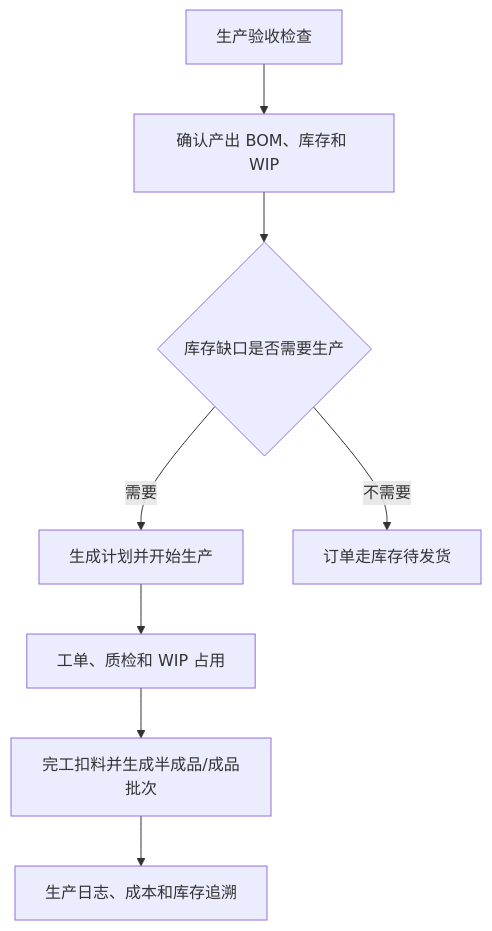
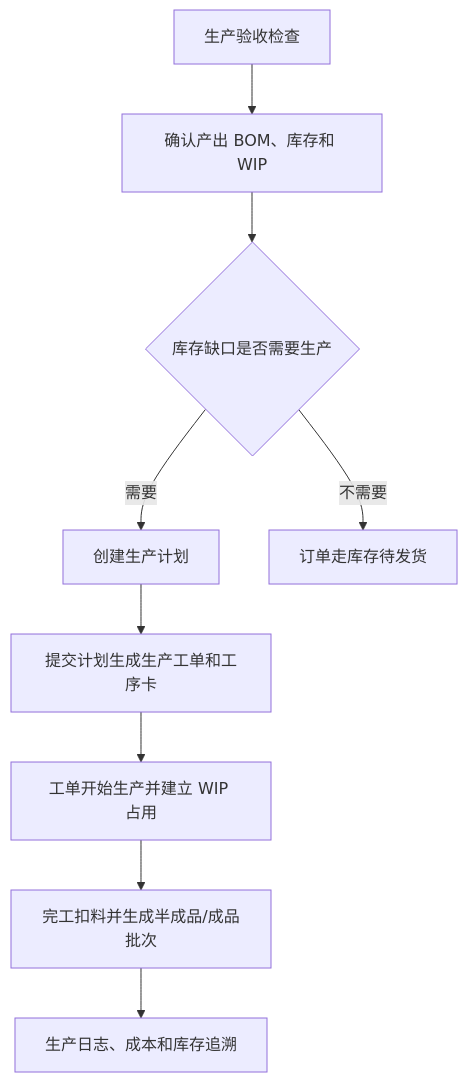
Before and after one commit to Backstage2539/KFerp: the diagram in orderapp-remote/docs/OP_MANUAL_PRODUCTION.md, drawn with Mermaid. The commit also changed other lines of this file and 29 other files, not shown here.

````diff
--- a/orderapp-remote/docs/OP_MANUAL_PRODUCTION.md
+++ b/orderapp-remote/docs/OP_MANUAL_PRODUCTION.md
@@ -13,10 +13,11 @@
 ```mermaid
 flowchart TD
   A["生产验收检查"] --> B["确认产出 BOM、库存和 WIP"]
   B --> C{"库存缺口是否需要生产"}
-  C -->|需要| D["生成计划并开始生产"]
+  C -->|需要| D["创建生产计划"]
   C -->|不需要| E["订单走库存待发货"]
-  D --> F["工单、质检和 WIP 占用"]
-  F --> G["完工扣料并生成半成品/成品批次"]
+  D --> F["提交计划生成生产工单和工序卡"]
+  F --> I["工单开始生产并建立 WIP 占用"]
+  I --> G["完工扣料并生成半成品/成品批次"]
   G --> H["生产日志、成本和库存追溯"]
 ```
````
